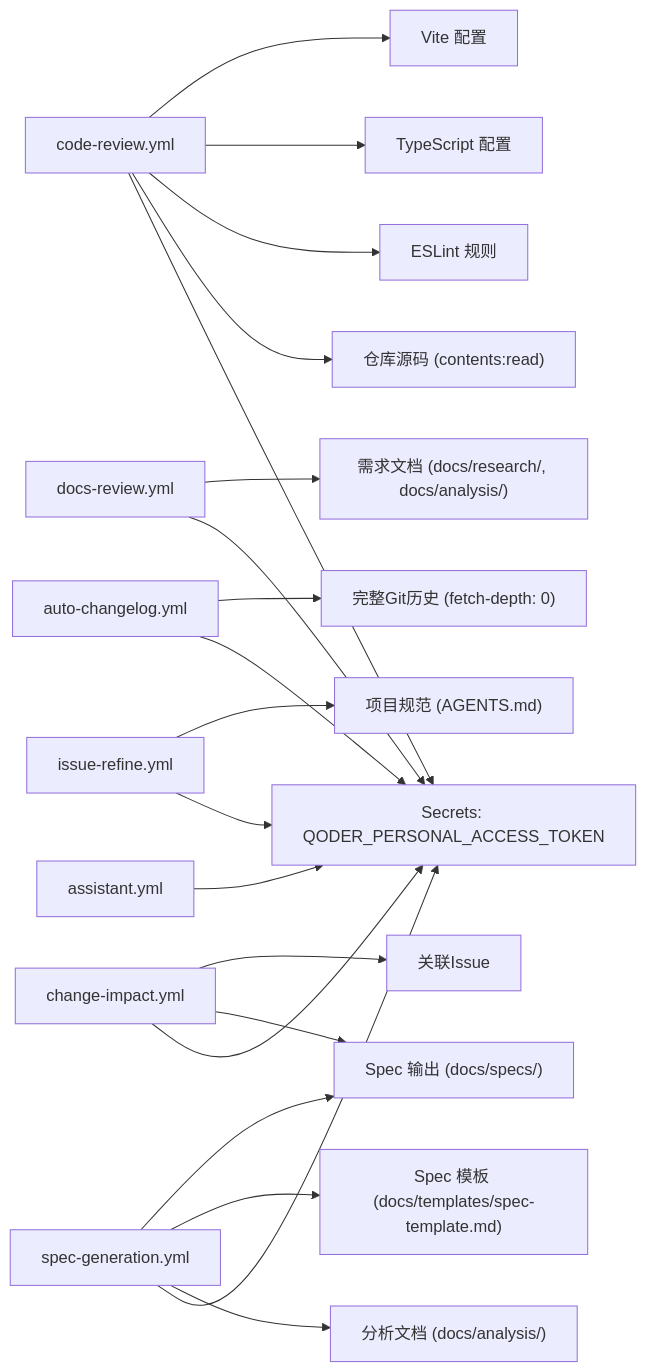
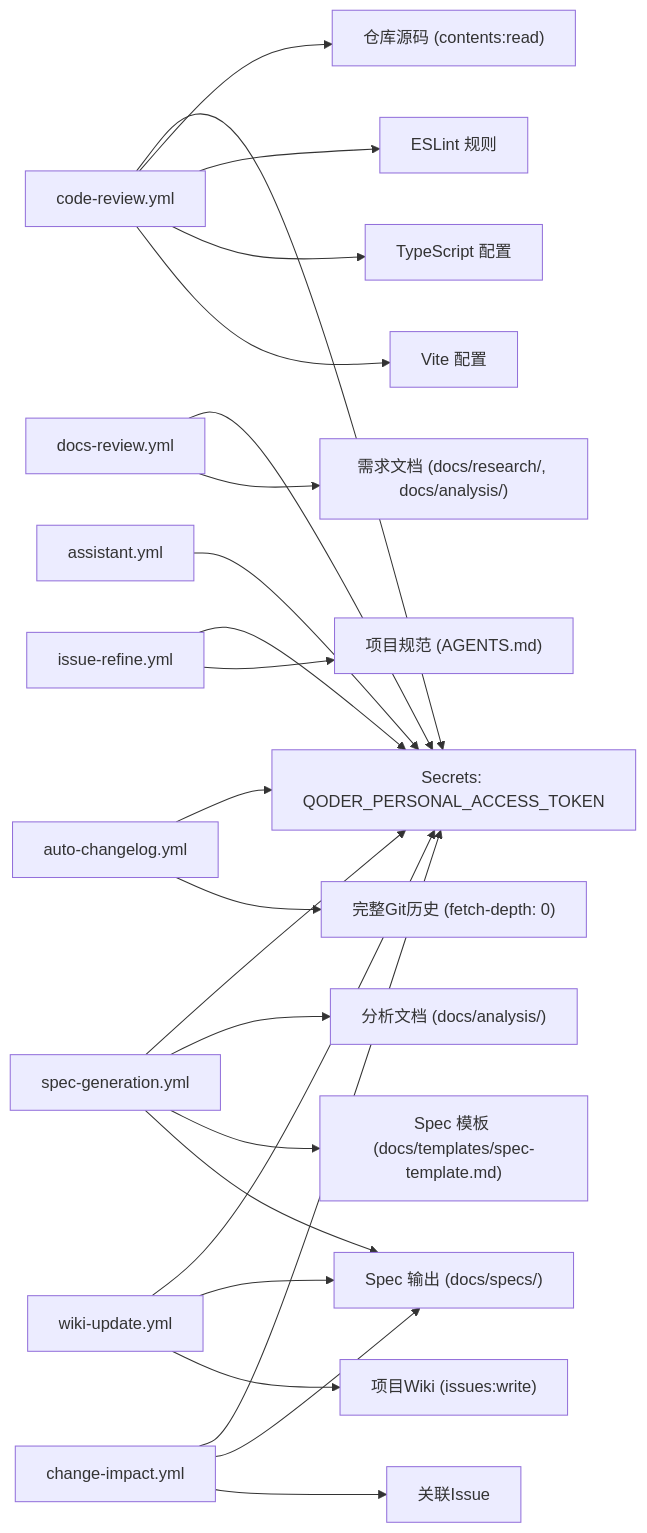
Before and after one commit to Seiano/hj-admin: diagram 12 of 12 in .qoder/repowiki/zh/content/部署运维/CI_CD工作流配置.md, drawn with Mermaid. The commit also changed other lines of this file and 8 other files, not shown here.

````diff
--- a/.qoder/repowiki/zh/content/部署运维/CI_CD工作流配置.md
+++ b/.qoder/repowiki/zh/content/部署运维/CI_CD工作流配置.md
@@ -595,22 +678,25 @@
 ```mermaid
 graph LR
 A["assistant.yml"] --> S["Secrets: QODER_PERSONAL_ACCESS_TOKEN"]
 B["code-review.yml"] --> S
 C["docs-review.yml"] --> S
 D["spec-generation.yml"] --> S
 E["issue-refine.yml"] --> S
 F["change-impact.yml"] --> S
 G["auto-changelog.yml"] --> S
+H["wiki-update.yml"] --> S
 B --> Repo["仓库源码 (contents:read)"]
 C --> Docs["需求文档 (docs/research/, docs/analysis/)"]
 D --> Analysis["分析文档 (docs/analysis/)"]
 D --> Template["Spec 模板 (docs/templates/spec-template.md)"]
 D --> Specs["Spec 输出 (docs/specs/)"]
 E --> Agents["项目规范 (AGENTS.md)"]
 F --> Specs
 F --> Issues["关联Issue"]
 G --> Git["完整Git历史 (fetch-depth: 0)"]
+H --> Specs
+H --> Wiki["项目Wiki (issues:write)"]
 B --> ESLint["ESLint 规则"]
 B --> TSC["TypeScript 配置"]
 B --> Vite["Vite 配置"]
 ```
````
